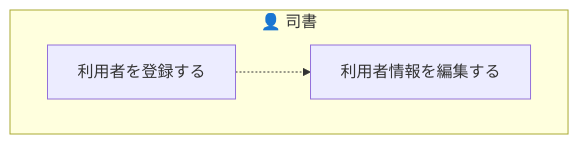
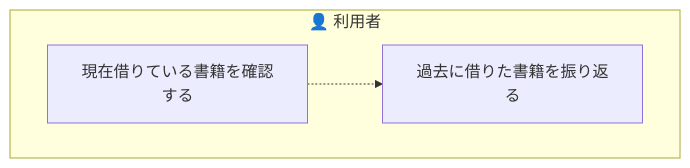
The tenth of 13 diagrams in samples/distillery/pipeline/rdra/latest/views/03_業務フロー.md (suwa-sh/suwa-sh-claude-plugins), drawn with Mermaid before and after one commit. The commit also changed other lines of this file and 1723 other files, not shown here.

````diff
--- a/samples/distillery/pipeline/rdra/latest/views/03_業務フロー.md
+++ b/samples/distillery/pipeline/rdra/latest/views/03_業務フロー.md
@@ -105,8 +245,8 @@
 ```mermaid
 graph TD
-  subgraph LN1["👤 司書"]
-    AT1["利用者を登録する"]
-    AT2["利用者情報を編集する"]
+  subgraph LN1["👤 利用者"]
+    AT1["現在借りている書籍を確認する"]
+    AT2["過去に借りた書籍を振り返る"]
   end
   AT1 -.-> AT2
 ```
````
